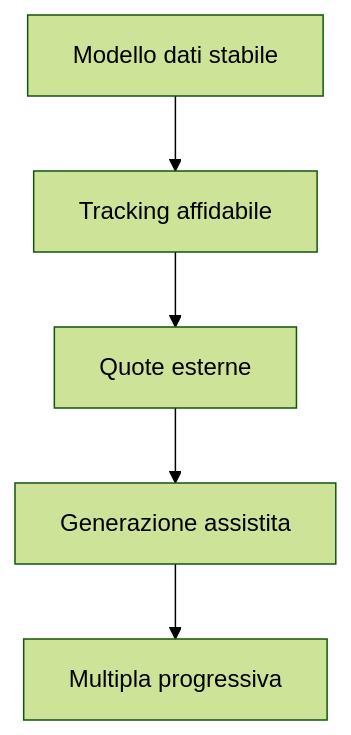
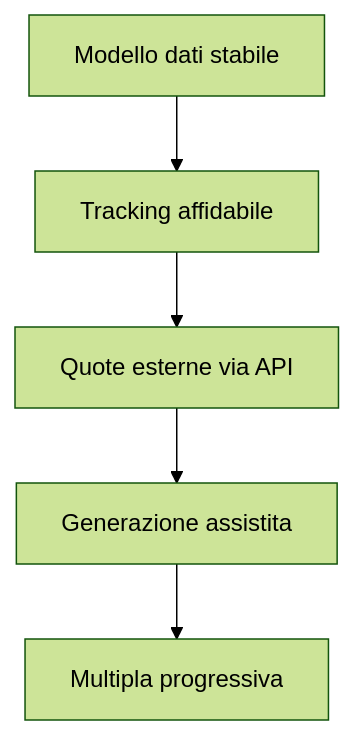
Before and after one commit to PalmasMich/profit-tracker-product-case-study: the diagram in docs/roadmap.md, drawn with Mermaid (forest theme). The commit also changed other lines of this file, not shown here.

Commit message:
Expand roadmap with external API strategy

````diff
--- a/docs/roadmap.md
+++ b/docs/roadmap.md
@@ -48,7 +56,7 @@
 ```mermaid
 flowchart TD
     A["Modello dati stabile"] --> B["Tracking affidabile"]
-    B --> C["Quote esterne"]
+    B --> C["Quote esterne via API"]
     C --> D["Generazione assistita"]
     D --> E["Multipla progressiva"]
 ```
````
